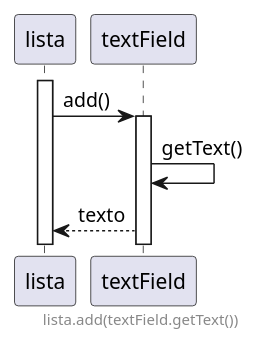
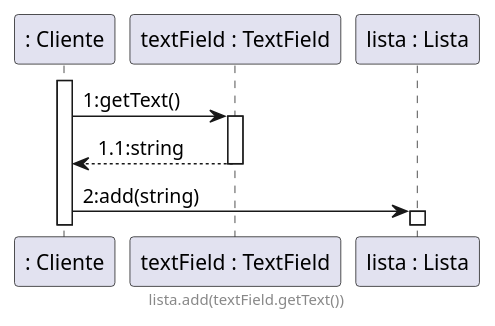
One commit to SoMarcanoDev/IS-022023 changed the diagram in docs/diagrams/prac-03/A-3-lista.plantuml. Above: the diagram before and after it, drawn with PlantUML. The commit also changed 12 other files, not shown here.

```diff
--- a/docs/diagrams/prac-03/A-3-lista.plantuml
+++ b/docs/diagrams/prac-03/A-3-lista.plantuml
@@ -1,12 +1,19 @@
-participant lista
-participant textField
+@startuml lista
 
-activate lista
-lista -> textField: add()
+participant ": Cliente" as cliente
+participant "textField : TextField" as textField
+participant "lista : Lista" as lista
+
+activate cliente
+cliente -> textField: 1:getText()
 
 activate textField
-textField -> textField: getText()
+textField --> cliente: 1.1:string
+deactivate textField
 
-textField --> lista: texto
+cliente -> lista: 2:add(string)
+activate lista
 
 footer lista.add(textField.getText())
+
+@enduml
```
